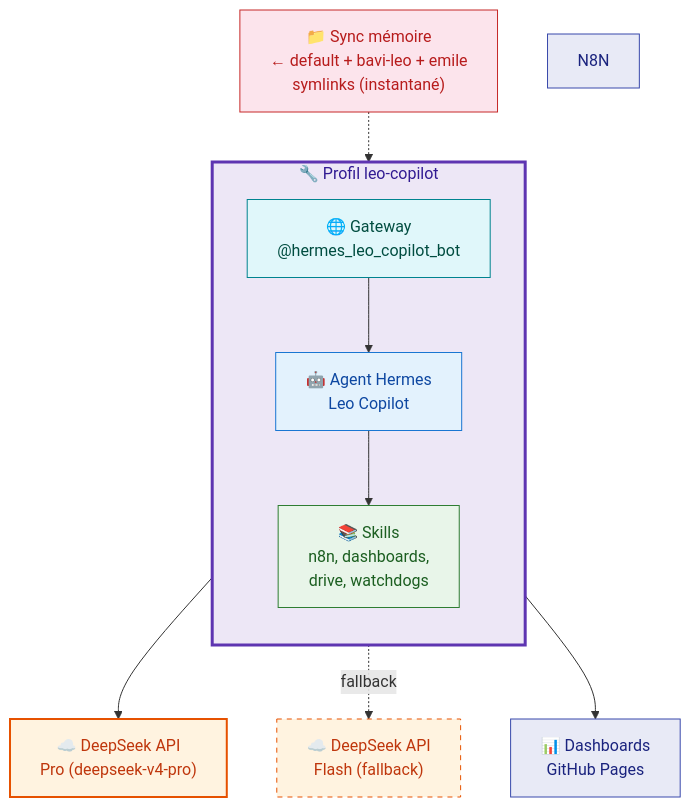
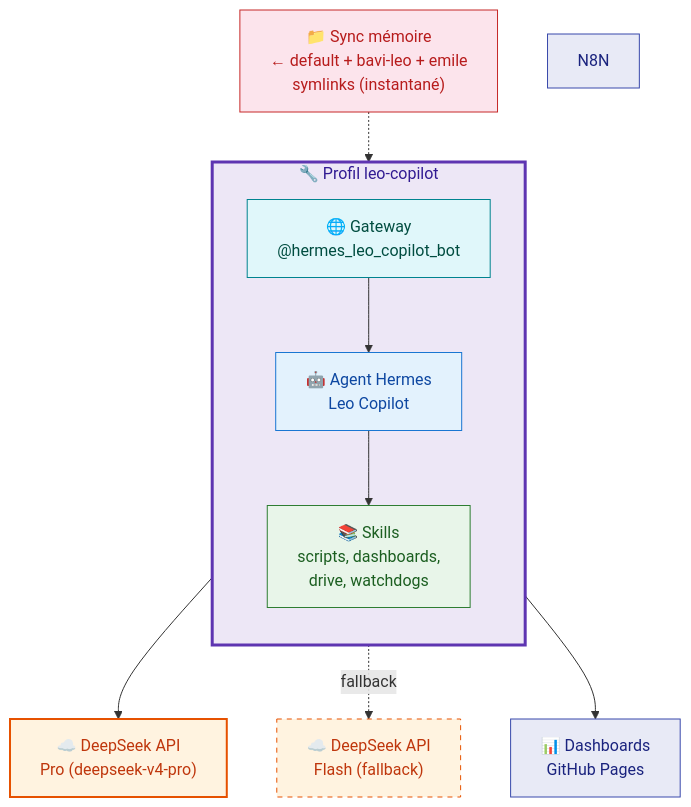
Before and after one commit to christophedanhier-hash/hermes-wiki: the third of 3 diagrams in docs/hermes/utilisation/bots-telegram.md, drawn with Mermaid. The commit also changed other lines of this file and 15 other files, not shown here.

````diff
--- a/docs/hermes/utilisation/bots-telegram.md
+++ b/docs/hermes/utilisation/bots-telegram.md
@@ -114,31 +114,31 @@
 ```mermaid
 flowchart TB
     subgraph COPILOT["🔧 Profil leo-copilot"]
         direction TB
         GW2["🌐 Gateway<br/>@hermes_leo_copilot_bot"]
         AGENT["🤖 Agent Hermes<br/>Leo Copilot"]
-        SKILLS["📚 Skills<br/>n8n, dashboards,<br/>drive, watchdogs"]
+        SKILLS["📚 Skills<br/>scripts, dashboards,<br/>drive, watchdogs"]
     end
 
     DS_PRO["☁️ DeepSeek API<br/>Pro (deepseek-v4-pro)"]
     DS_FLASH["☁️ DeepSeek API<br/>Flash (fallback)"]
     MEM["📁 Sync mémoire<br/>← default + bavi-leo + emile<br/>symlinks (instantané)"]
     DASH["📊 Dashboards<br/>GitHub Pages"]
 
     GW2 --> AGENT
     AGENT --> SKILLS
     AGENT --> DS_PRO
     AGENT -.->|fallback| DS_FLASH
     MEM -.-> AGENT
     AGENT --> DASH
 
     style COPILOT fill:#ede7f6,stroke:#5e35b1,stroke-width:3px,color:#311b92
     style GW2 fill:#e0f7fa,stroke:#00838f,color:#004d40
     style AGENT fill:#e3f2fd,stroke:#1976d2,color:#0d47a1
     style SKILLS fill:#e8f5e9,stroke:#2e7d32,color:#1b5e20
     style DS_PRO fill:#fff3e0,stroke:#e65100,stroke-width:2px,color:#bf360c
     style DS_FLASH fill:#fff3e0,stroke:#e65100,stroke-dasharray:5,color:#bf360c
     style MEM fill:#fce4ec,stroke:#c62828,color:#b71c1c
     style DASH fill:#e8eaf6,stroke:#3949ab,color:#1a237e
     style N8N fill:#e8eaf6,stroke:#3949ab,color:#1a237e
 ```
````
